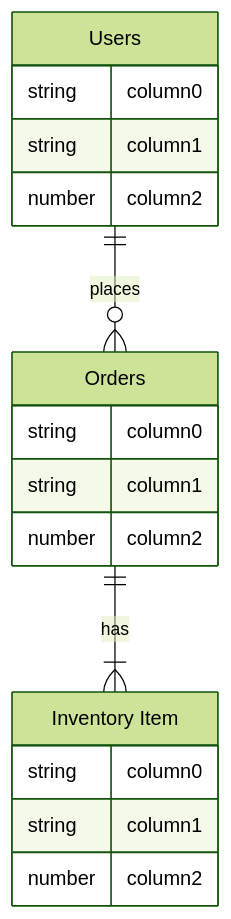
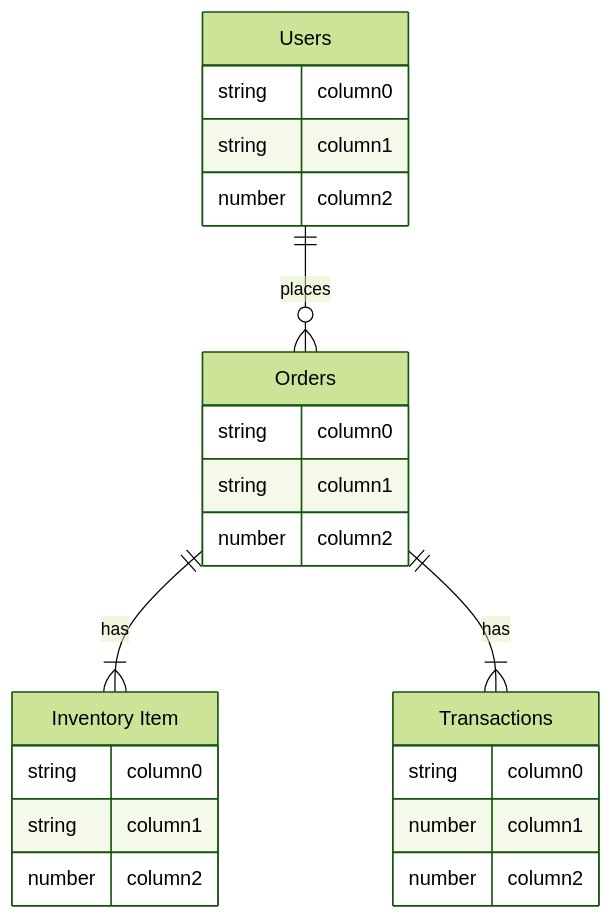
The first of 2 diagrams in README.md (bourbonbowl/dbt_fivetran_testing), drawn with Mermaid (forest theme) before and after one commit.

Commit message:
add transactions entity

````diff
--- a/README.md
+++ b/README.md
@@ -9,29 +9,36 @@
 ```mermaid
 %% ------ example erd ---------- %%
 erDiagram
     
     %% -------- entities --------- %%
 
     orders["Orders"] {
         string column0
         string column1
         number column2
     }
 
     users["Users"] {
         string column0
         string column1
         number column2
     }
 
     inventory["Inventory Item"] {
         string column0
         string column1
         number column2
     }
 
+    transactions["Transactions"] {
+        string column0
+        number column1
+        number column2
+    }
+
     %% -------- relationships --------- %%
     
     users 1 to 0+ orders : places
     orders 1 to 1+ inventory : has
+    orders 1 to 1+ transactions : has
 ```
````
